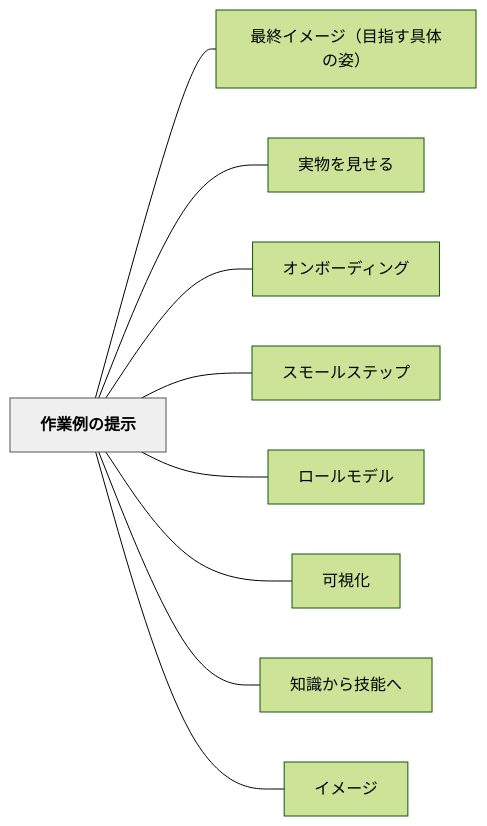
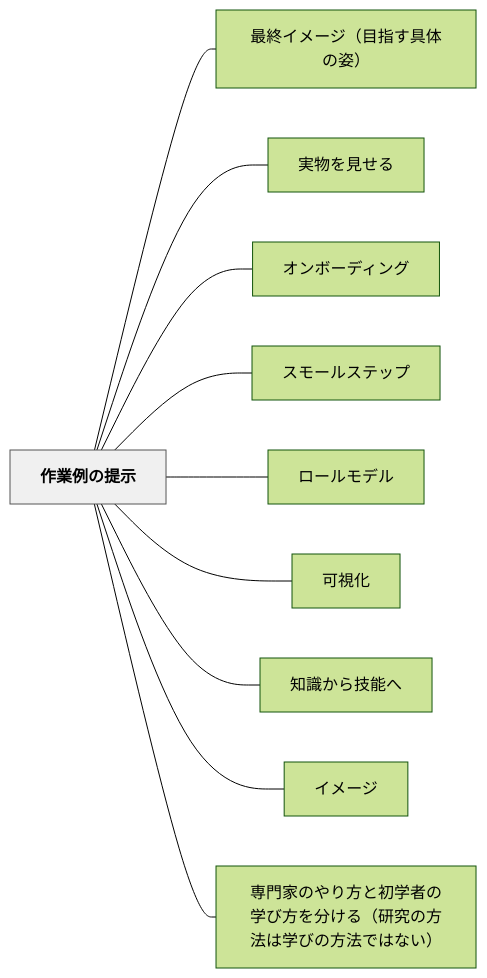
One commit to unknownthings-ed-patterns/unknownthings-ed-patterns changed the diagram in content/パタン/作業例の提示.md. Above: the diagram before and after it, drawn with Mermaid (forest theme). The commit also changed other lines of this file and 14 other files, not shown here.

````diff
--- a/content/パタン/作業例の提示.md
+++ b/content/パタン/作業例の提示.md
@@ -55,24 +57,26 @@
 ```mermaid
 flowchart LR
     ne4bd9ce6a5ade4be8be381aee68f90e7a4ba["作業例の提示"]
     ne69c80e7b582e382a4e383a1e383bce382b8efbc88e79baee68c87e38199e585b7e4bd93e381aee5a7bfefbc89["最終イメージ（目指す具体の姿）"]
     ne5ae9fe789a9e38292e8a68be3819be3828b["実物を見せる"]
     ne382aae383b3e3839ce383bce38387e382a3e383b3e382b0["オンボーディング"]
     ne382b9e383a2e383bce383abe382b9e38386e38383e38397["スモールステップ"]
     ne383ade383bce383abe383a2e38387e383ab["ロールモデル"]
     ne58fafe8a696e58c96["可視化"]
     ne79fa5e8ad98e3818be38289e68a80e883bde381b8["知識から技能へ"]
     ne382a4e383a1e383bce382b8["イメージ"]
+    ne5b082e99680e5aeb6e381aee38284e3828ae696b9e381a8e5889de5ada6e88085e381aee5ada6e381b3e696b9e38292e58886e38191e3828befbc88e7a094e7a9b6e381aee696b9e6b395e381afe5ada6e381b3e381aee696b9e6b395e381a7e381afe381aae38184efbc89["専門家のやり方と初学者の学び方を分ける（研究の方法は学びの方法ではない）"]
 
     ne4bd9ce6a5ade4be8be381aee68f90e7a4ba --- ne69c80e7b582e382a4e383a1e383bce382b8efbc88e79baee68c87e38199e585b7e4bd93e381aee5a7bfefbc89
     ne4bd9ce6a5ade4be8be381aee68f90e7a4ba --- ne5ae9fe789a9e38292e8a68be3819be3828b
     ne4bd9ce6a5ade4be8be381aee68f90e7a4ba --- ne382aae383b3e3839ce383bce38387e382a3e383b3e382b0
     ne4bd9ce6a5ade4be8be381aee68f90e7a4ba --- ne382b9e383a2e383bce383abe382b9e38386e38383e38397
     ne4bd9ce6a5ade4be8be381aee68f90e7a4ba --- ne383ade383bce383abe383a2e38387e383ab
     ne4bd9ce6a5ade4be8be381aee68f90e7a4ba --- ne58fafe8a696e58c96
     ne4bd9ce6a5ade4be8be381aee68f90e7a4ba --- ne79fa5e8ad98e3818be38289e68a80e883bde381b8
     ne4bd9ce6a5ade4be8be381aee68f90e7a4ba --- ne382a4e383a1e383bce382b8
+    ne4bd9ce6a5ade4be8be381aee68f90e7a4ba --- ne5b082e99680e5aeb6e381aee38284e3828ae696b9e381a8e5889de5ada6e88085e381aee5ada6e381b3e696b9e38292e58886e38191e3828befbc88e7a094e7a9b6e381aee696b9e6b395e381afe5ada6e381b3e381aee696b9e6b395e381a7e381afe381aae38184efbc89
 
     classDef hub fill:#f0f0f0,stroke:#555,color:#000,font-weight:bold
     class ne4bd9ce6a5ade4be8be381aee68f90e7a4ba hub
 ```
````
